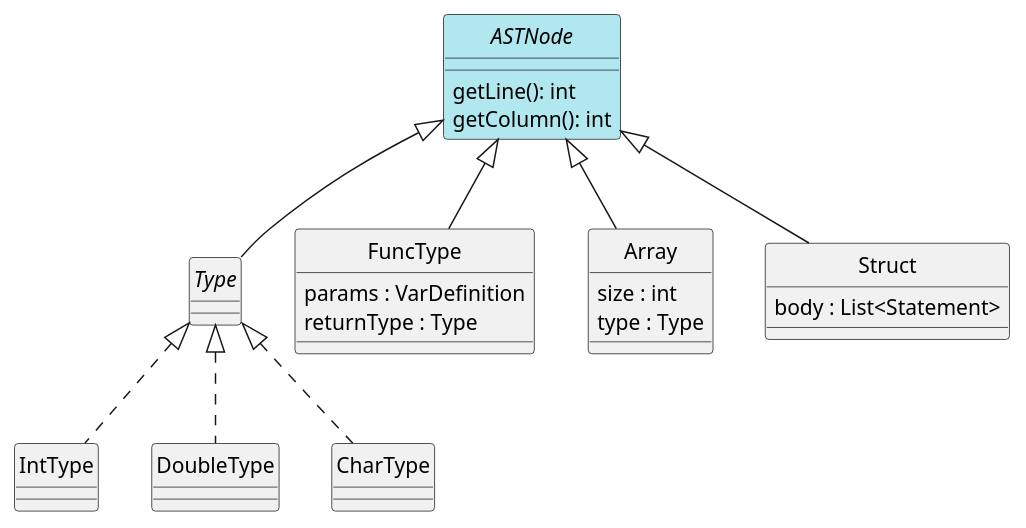
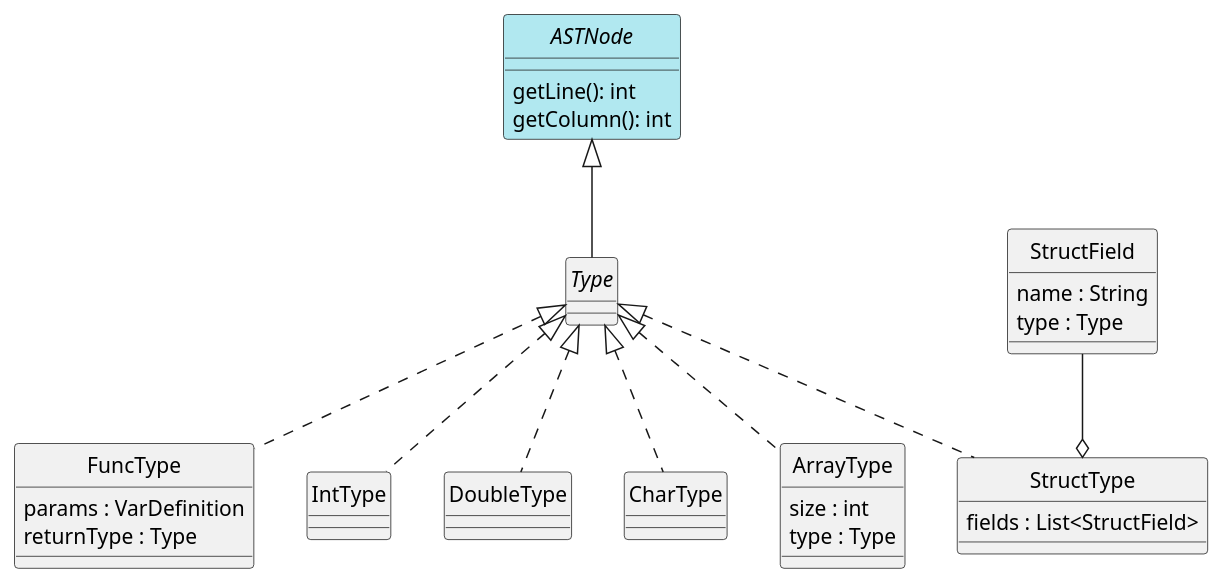
The diagram in docs/diagrams/types.plantuml (alvesit0/DLP-Compiler), drawn with PlantUML before and after one commit. The commit also changed 34 other files, not shown here.

```diff
--- a/docs/diagrams/types.plantuml
+++ b/docs/diagrams/types.plantuml
@@ -1,42 +1,47 @@
 @startuml Types
 skinparam style strictuml
 skinparam monochrome false
 
 interface ASTNode #b1e8f0 {
     getLine(): int
     getColumn(): int
 }
 
 interface Type
 
 class FuncType {
     params : VarDefinition
     returnType : Type
 }
 
-ASTNode <|-- FuncType
-
 ' Tipos simples
 class IntType
 class DoubleType
 class CharType
 
 Type <|.. IntType
 Type <|.. DoubleType
 Type <|.. CharType
+Type <|.. ArrayType
+Type <|.. StructType
+Type <|.. FuncType
 
 ' Tipos complejos
-class Array {
+class ArrayType {
     size : int
     type : Type
 }
 
-class Struct {
-    body : List<Statement>
+class StructType {
+    fields : List<StructField>
+}
+
+class StructField {
+    name : String
+    type : Type
 }
 
 ASTNode <|-- Type
-ASTNode <|-- Array
-ASTNode <|-- Struct
+StructField --o StructType
 
 @enduml
```
